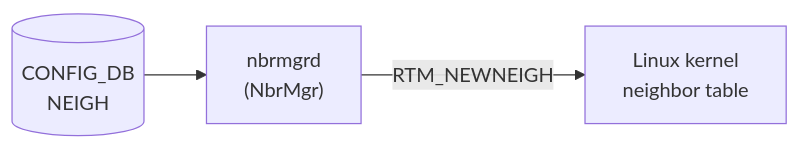
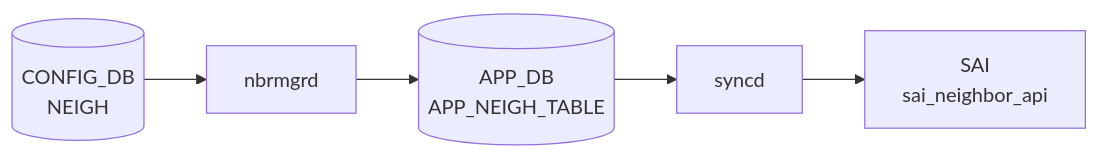
One commit to aoki-taquan/sonic-unofficial-docs changed the diagram in docs/reference/config-db/neigh.md. Above: the diagram before and after it, drawn with Mermaid. The commit also changed other lines of this file and 359 other files, not shown here.

````diff
--- a/docs/reference/config-db/neigh.md
+++ b/docs/reference/config-db/neigh.md
@@ -50,8 +50,12 @@
 ```mermaid
 flowchart LR
   CDB[("CONFIG_DB<br/>NEIGH")]
-  NM["nbrmgrd<br/>(NbrMgr)"]
-  KNB["Linux kernel<br/>neighbor table"]
-  CDB --> NM
-  NM -->|RTM_NEWNEIGH| KNB
+  DM["nbrmgrd"]
+  CDB --> DM
+  APPDB[("APP_DB<br/>APP_NEIGH_TABLE")]
+  DM --> APPDB
+  SYNCD["syncd"]
+  APPDB --> SYNCD
+  SAI["SAI<br/>sai_neighbor_api"]
+  SYNCD --> SAI
 ```
````
